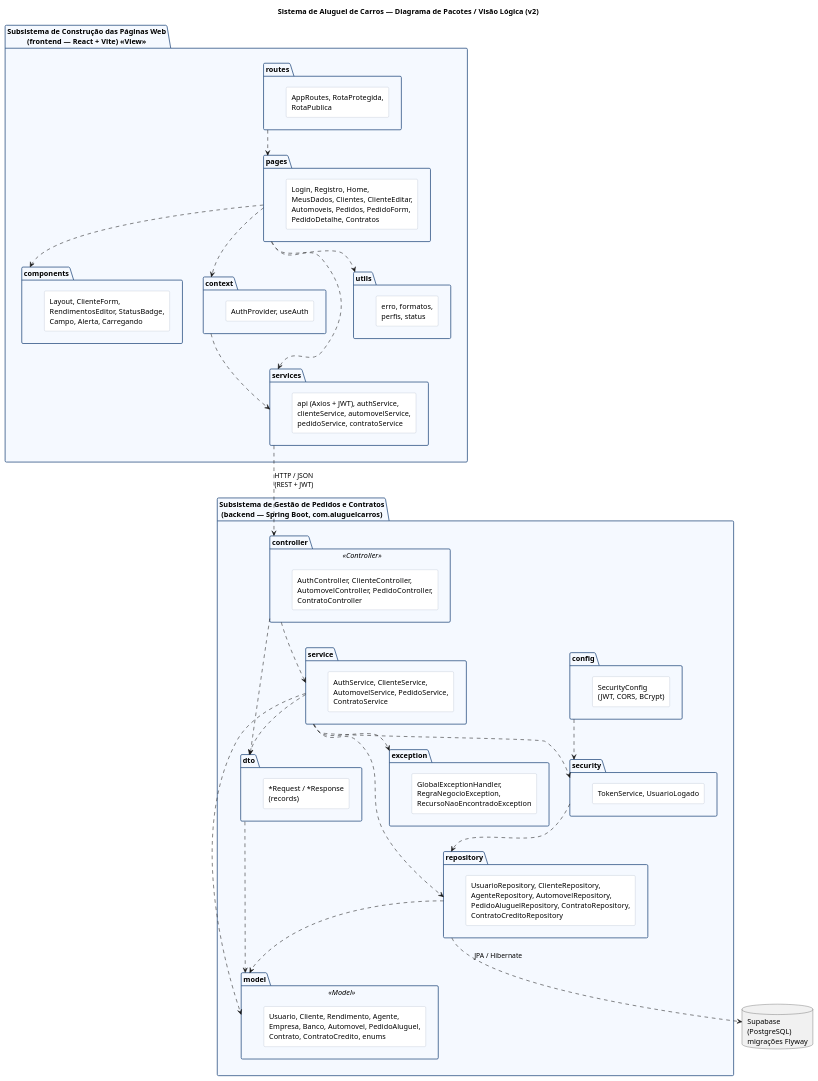
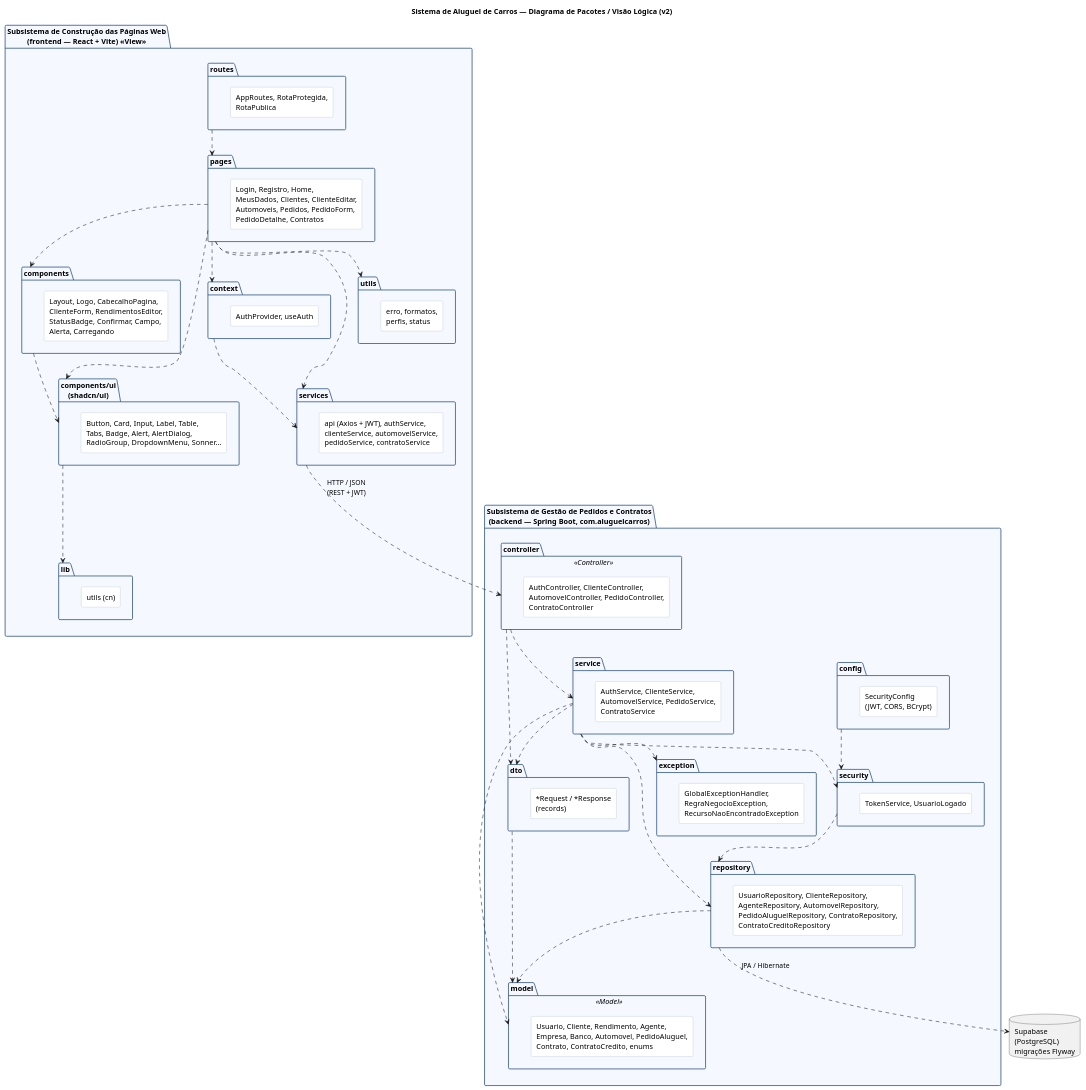
Before and after one commit to GuilhermeCostax/AlugelCarros: the diagram in docs/diagramas/v2/pacotes.puml, drawn with PlantUML. The commit also changed 11 other files, not shown here.

Commit message:
Atualiza diagrama de pacotes, README e capturas de tela com a nova interface

```diff
--- a/docs/diagramas/v2/pacotes.puml
+++ b/docs/diagramas/v2/pacotes.puml
@@ -1,86 +1,95 @@
 @startuml pacotes
 title Sistema de Aluguel de Carros — Diagrama de Pacotes / Visão Lógica (v2)
 skinparam shadowing false
 skinparam packageStyle folder
 skinparam package {
   BackgroundColor #F5F9FF
   BorderColor #2C5282
 }
 skinparam rectangle {
   BackgroundColor #FFFFFF
   BorderColor #A0AEC0
 }
 
 package "Subsistema de Construção das Páginas Web\n(frontend — React + Vite) «View»" as WEB {
   package routes {
     rectangle "AppRoutes, RotaProtegida,\nRotaPublica" as r_routes
   }
   package pages {
     rectangle "Login, Registro, Home,\nMeusDados, Clientes, ClienteEditar,\nAutomoveis, Pedidos, PedidoForm,\nPedidoDetalhe, Contratos" as r_pages
   }
   package components {
-    rectangle "Layout, ClienteForm,\nRendimentosEditor, StatusBadge,\nCampo, Alerta, Carregando" as r_components
+    rectangle "Layout, Logo, CabecalhoPagina,\nClienteForm, RendimentosEditor,\nStatusBadge, Confirmar, Campo,\nAlerta, Carregando" as r_components
+  }
+  package "components/ui\n(shadcn/ui)" as ui {
+    rectangle "Button, Card, Input, Label, Table,\nTabs, Badge, Alert, AlertDialog,\nRadioGroup, DropdownMenu, Sonner..." as r_ui
+  }
+  package lib {
+    rectangle "utils (cn)" as r_lib
   }
   package context {
     rectangle "AuthProvider, useAuth" as r_context
   }
   package services {
     rectangle "api (Axios + JWT), authService,\nclienteService, automovelService,\npedidoService, contratoService" as r_services
   }
   package utils {
     rectangle "erro, formatos,\nperfis, status" as r_utils
   }
 }
 
 package "Subsistema de Gestão de Pedidos e Contratos\n(backend — Spring Boot, com.aluguelcarros)" as API {
   package controller <<Controller>> {
     rectangle "AuthController, ClienteController,\nAutomovelController, PedidoController,\nContratoController" as r_controller
   }
   package dto {
     rectangle "*Request / *Response\n(records)" as r_dto
   }
   package service {
     rectangle "AuthService, ClienteService,\nAutomovelService, PedidoService,\nContratoService" as r_service
   }
   package repository {
     rectangle "UsuarioRepository, ClienteRepository,\nAgenteRepository, AutomovelRepository,\nPedidoAluguelRepository, ContratoRepository,\nContratoCreditoRepository" as r_repository
   }
   package model <<Model>> {
     rectangle "Usuario, Cliente, Rendimento, Agente,\nEmpresa, Banco, Automovel, PedidoAluguel,\nContrato, ContratoCredito, enums" as r_model
   }
   package security {
     rectangle "TokenService, UsuarioLogado" as r_security
   }
   package config {
     rectangle "SecurityConfig\n(JWT, CORS, BCrypt)" as r_config
   }
   package exception {
     rectangle "GlobalExceptionHandler,\nRegraNegocioException,\nRecursoNaoEncontradoException" as r_exception
   }
 }
 
 database "Supabase\n(PostgreSQL)\nmigrações Flyway" as DB
 
 routes ..> pages
 pages ..> components
 pages ..> context
 pages ..> services
 pages ..> utils
 context ..> services
+pages ..> ui
+components ..> ui
+ui ..> lib
 
 services ..> controller : HTTP / JSON\n(REST + JWT)
 
 controller ..> dto
 controller ..> service
 service ..> repository
 service ..> model
 service ..> dto
 service ..> security
 service ..> exception
 dto ..> model
 repository ..> model
 security ..> repository
 config ..> security
 
 repository ..> DB : JPA / Hibernate
 @enduml
```
